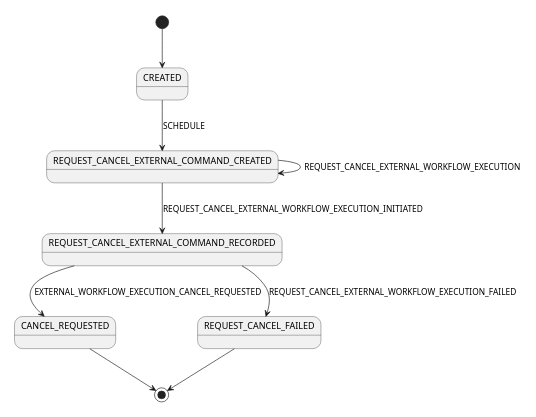
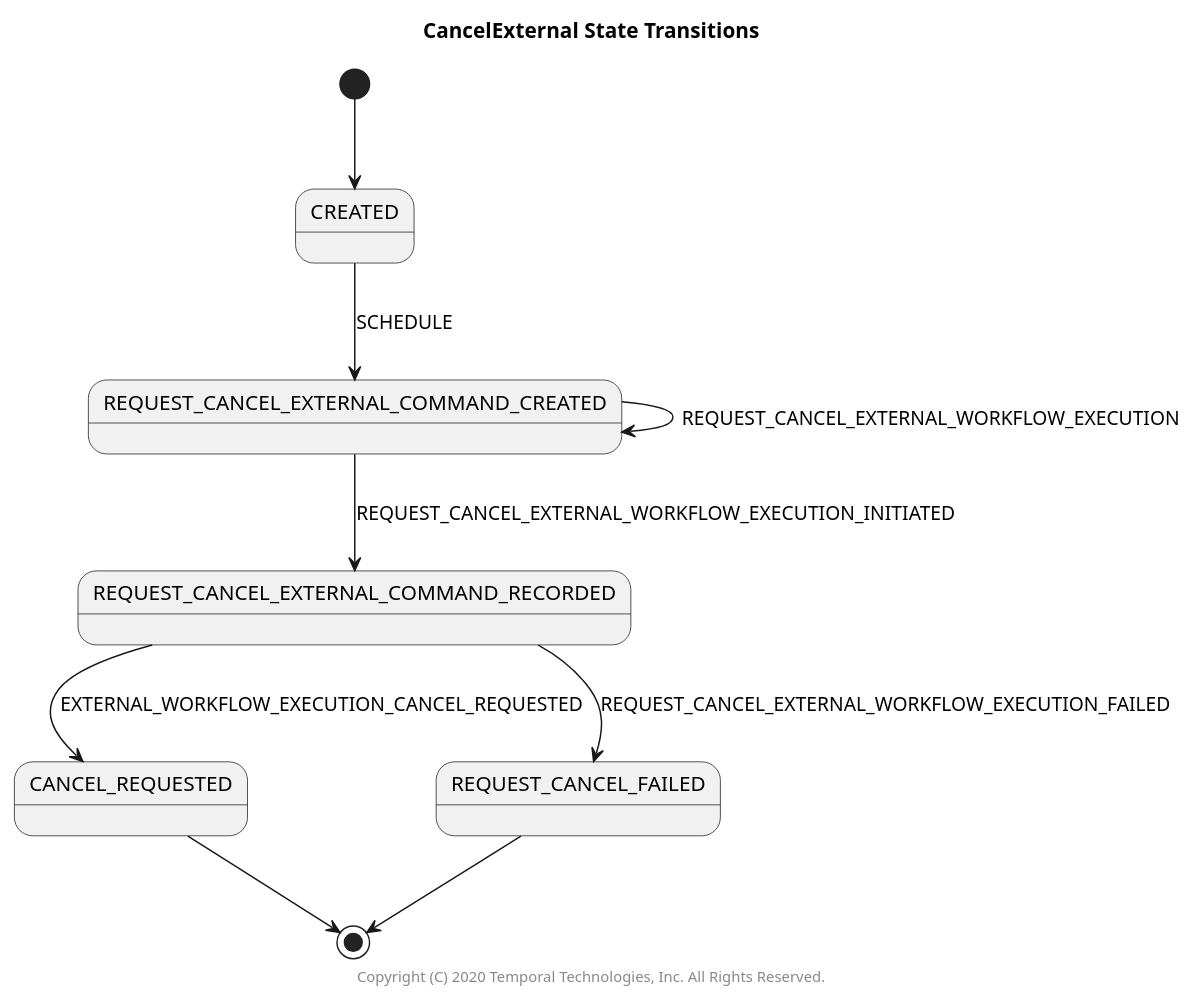
One commit to temporalio/sdk-java changed the diagram in src/main/java/io/temporal/internal/statemachines/CancelExternalStateMachine.puml. Above: the diagram before and after it, drawn with PlantUML. The commit also changed 17 other files, not shown here.

```diff
--- a/src/main/java/io/temporal/internal/statemachines/CancelExternalStateMachine.puml
+++ b/src/main/java/io/temporal/internal/statemachines/CancelExternalStateMachine.puml
@@ -23,11 +23,13 @@
 @startuml
-scale 350 width
+title CancelExternal State Transitions
+
 [*] --> CREATED
 CREATED --> REQUEST_CANCEL_EXTERNAL_COMMAND_CREATED: SCHEDULE
 REQUEST_CANCEL_EXTERNAL_COMMAND_CREATED --> REQUEST_CANCEL_EXTERNAL_COMMAND_CREATED: REQUEST_CANCEL_EXTERNAL_WORKFLOW_EXECUTION
 REQUEST_CANCEL_EXTERNAL_COMMAND_CREATED --> REQUEST_CANCEL_EXTERNAL_COMMAND_RECORDED: REQUEST_CANCEL_EXTERNAL_WORKFLOW_EXECUTION_INITIATED
 REQUEST_CANCEL_EXTERNAL_COMMAND_RECORDED --> CANCEL_REQUESTED: EXTERNAL_WORKFLOW_EXECUTION_CANCEL_REQUESTED
 REQUEST_CANCEL_EXTERNAL_COMMAND_RECORDED --> REQUEST_CANCEL_FAILED: REQUEST_CANCEL_EXTERNAL_WORKFLOW_EXECUTION_FAILED
 CANCEL_REQUESTED --> [*]
 REQUEST_CANCEL_FAILED --> [*]
+center footer Copyright (C) 2020 Temporal Technologies, Inc. All Rights Reserved.
 @enduml
```
